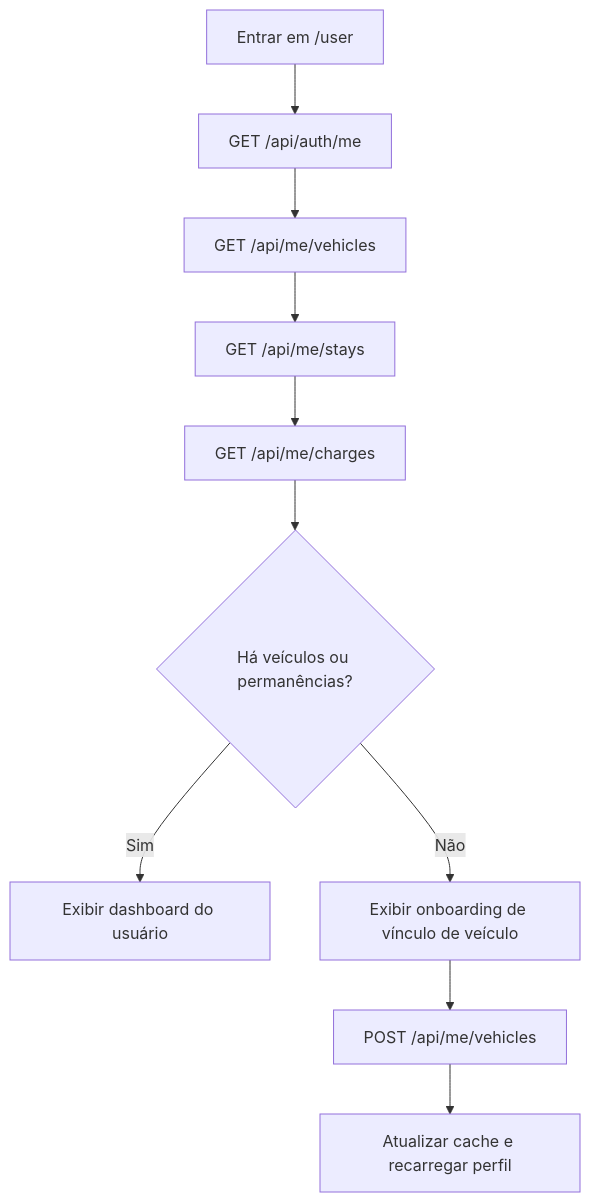
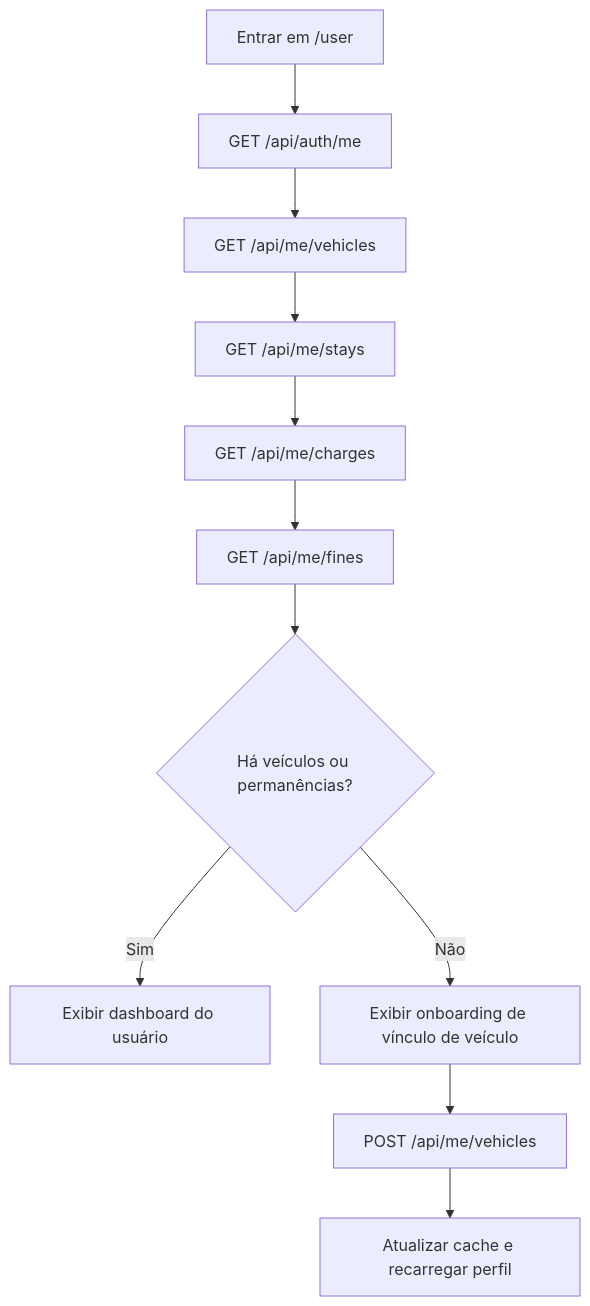
One commit to CesarCarvalhoDev/Ir-e-Vir changed the second of 2 diagrams in MIGRACAO_VUE_RELATORIO.md. Above: the diagram before and after it, drawn with Mermaid. The commit also changed other lines of this file and 43 other files, not shown here.

````diff
--- a/MIGRACAO_VUE_RELATORIO.md
+++ b/MIGRACAO_VUE_RELATORIO.md
@@ -71,12 +74,13 @@
 ```mermaid
 flowchart TD
   A["Entrar em /user"] --> B["GET /api/auth/me"]
   B --> C["GET /api/me/vehicles"]
   C --> D["GET /api/me/stays"]
   D --> E["GET /api/me/charges"]
-  E --> F{"Há veículos ou permanências?"}
+  E --> M["GET /api/me/fines"]
+  M --> F{"Há veículos ou permanências?"}
   F -->|Sim| G["Exibir dashboard do usuário"]
   F -->|Não| H["Exibir onboarding de vínculo de veículo"]
   H --> I["POST /api/me/vehicles"]
   I --> J["Atualizar cache e recarregar perfil"]
 ```
````
